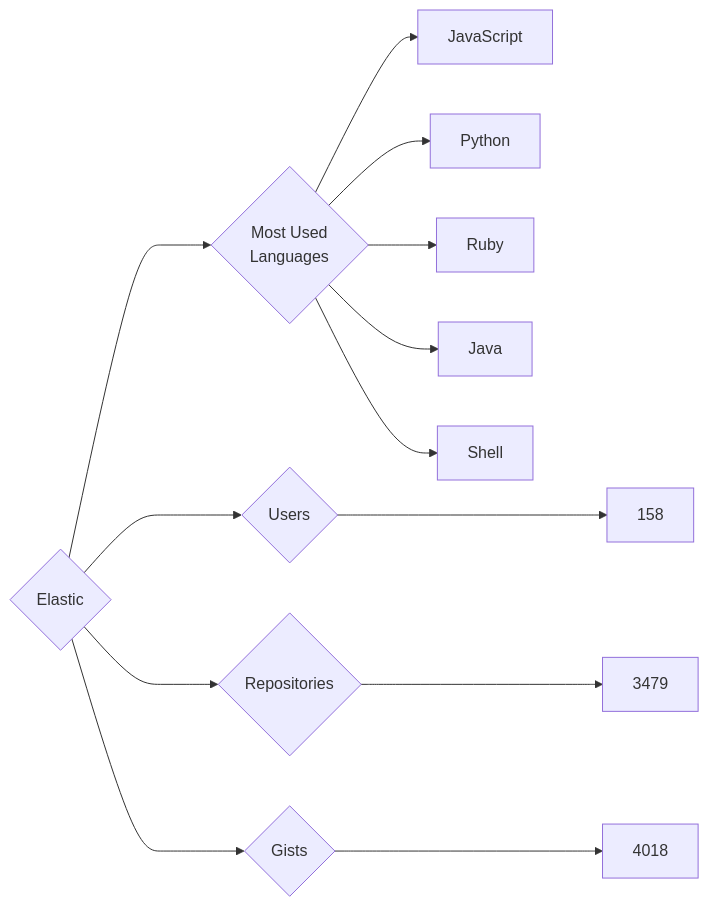
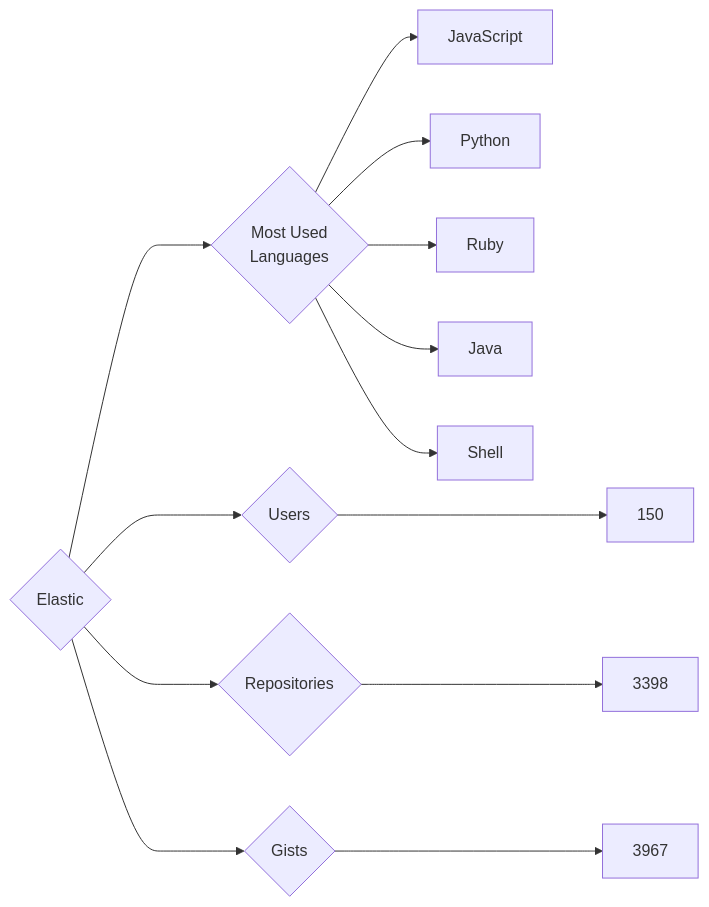
Before and after one commit to trickest/insiders: the diagram in targets/Elastic/README.md, drawn with Mermaid. The commit also changed 752 other files, not shown here.

````diff
--- a/targets/Elastic/README.md
+++ b/targets/Elastic/README.md
@@ -3,13 +3,13 @@
 ```mermaid
 graph LR
 COMPANY_NAME{Elastic}
-COMPANY_NAME ---> U{Users} ---> UN[158]
-COMPANY_NAME ---> R{Repositories} ---> RN[3479]
-COMPANY_NAME ---> G{Gists} ---> GN[4018]
+COMPANY_NAME ---> U{Users} ---> UN[150]
+COMPANY_NAME ---> R{Repositories} ---> RN[3398]
+COMPANY_NAME ---> G{Gists} ---> GN[3967]
 COMPANY_NAME ---> ML{Most Used<br>Languages}
 ML --> JavaScript[JavaScript]
 ML --> Python[Python]
 ML --> Ruby[Ruby]
 ML --> Java[Java]
 ML --> Shell[Shell]
 ```
````
